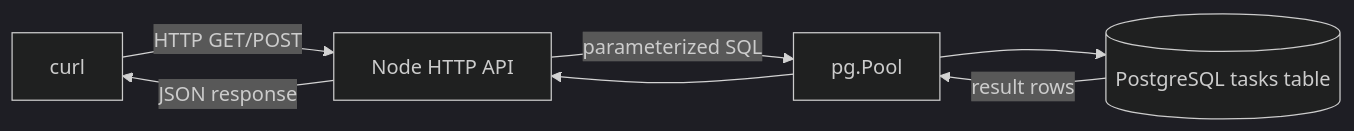
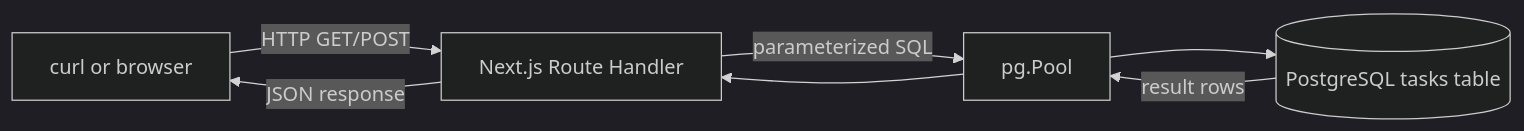
One commit to pratulsharma/minitrack changed the first of 2 diagrams in lessons/day-3.md. Above: the diagram before and after it, drawn with Mermaid (dark theme). The commit also changed other lines of this file and 45 other files, not shown here.

````diff
--- a/lessons/day-3.md
+++ b/lessons/day-3.md
@@ -11,9 +11,9 @@
 ```mermaid
 flowchart LR
-  Client[curl] -->|HTTP GET/POST| API[Node HTTP API]
+  Client[curl or browser] -->|HTTP GET/POST| API[Next.js Route Handler]
   API -->|parameterized SQL| Pool[pg.Pool]
   Pool --> DB[(PostgreSQL tasks table)]
   DB -->|result rows| Pool
   Pool --> API
   API -->|JSON response| Client
 ```
````
